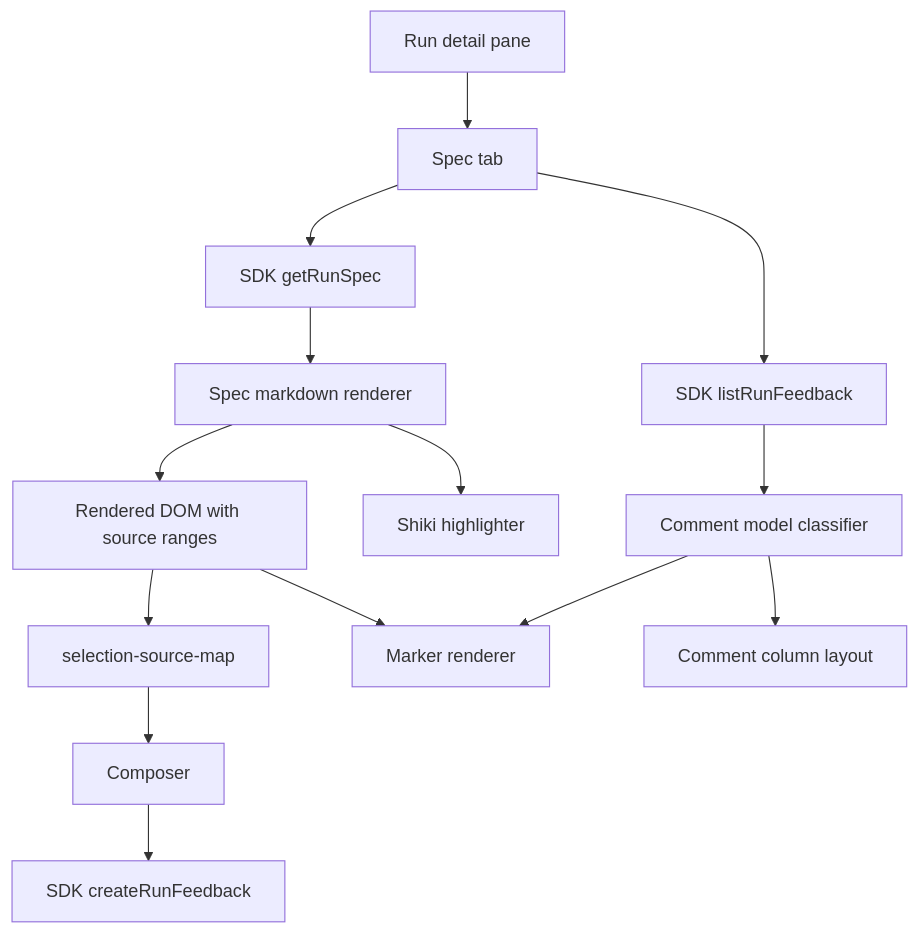
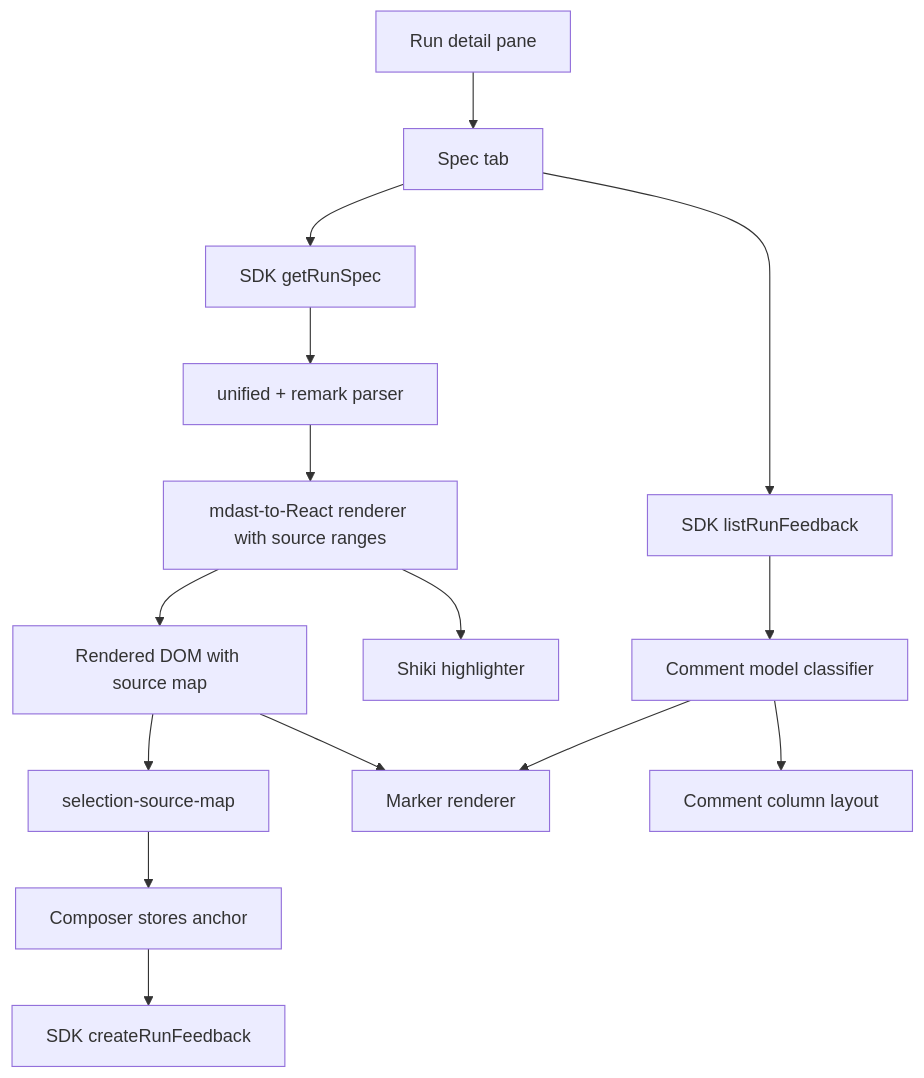
One commit to markdstafford/autocatalyst changed the third of 4 diagrams in context-human/specs/feature-review-spec-anchored-comments.md. Above: the diagram before and after it, drawn with Mermaid. The commit also changed other lines of this file, not shown here.

Commit message:
docs: revise feature spec review-spec-anchored-comments

````diff
--- a/context-human/specs/feature-review-spec-anchored-comments.md
+++ b/context-human/specs/feature-review-spec-anchored-comments.md
@@ -199,16 +211,17 @@
 ```mermaid
 graph TD
     R[Run detail pane] --> S[Spec tab]
     S --> A[SDK getRunSpec]
     S --> B[SDK listRunFeedback]
-    A --> C[Spec markdown renderer]
-    C --> D[Rendered DOM with source ranges]
-    D --> E[selection-source-map]
-    E --> F[Composer]
-    F --> G[SDK createRunFeedback]
-    B --> H[Comment model classifier]
-    H --> I[Marker renderer]
-    H --> J[Comment column layout]
-    C --> K[Shiki highlighter]
-    D --> I
+    A --> C[unified + remark parser]
+    C --> D[mdast-to-React renderer with source ranges]
+    D --> E[Rendered DOM with source map]
+    E --> F[selection-source-map]
+    F --> G[Composer stores anchor]
+    G --> H[SDK createRunFeedback]
+    B --> I[Comment model classifier]
+    I --> J[Marker renderer]
+    I --> K[Comment column layout]
+    D --> L[Shiki highlighter]
+    E --> J
 ```
````
